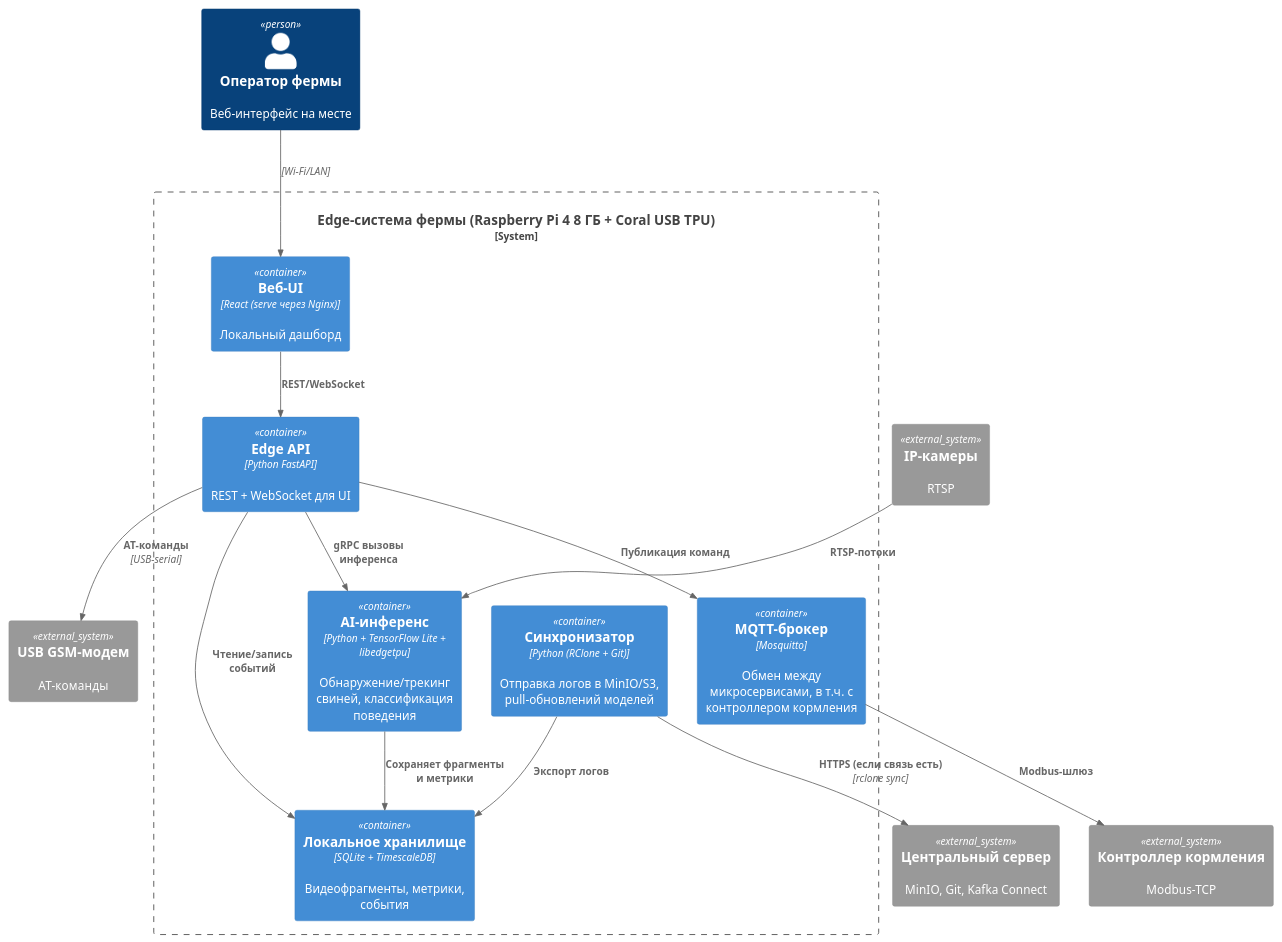
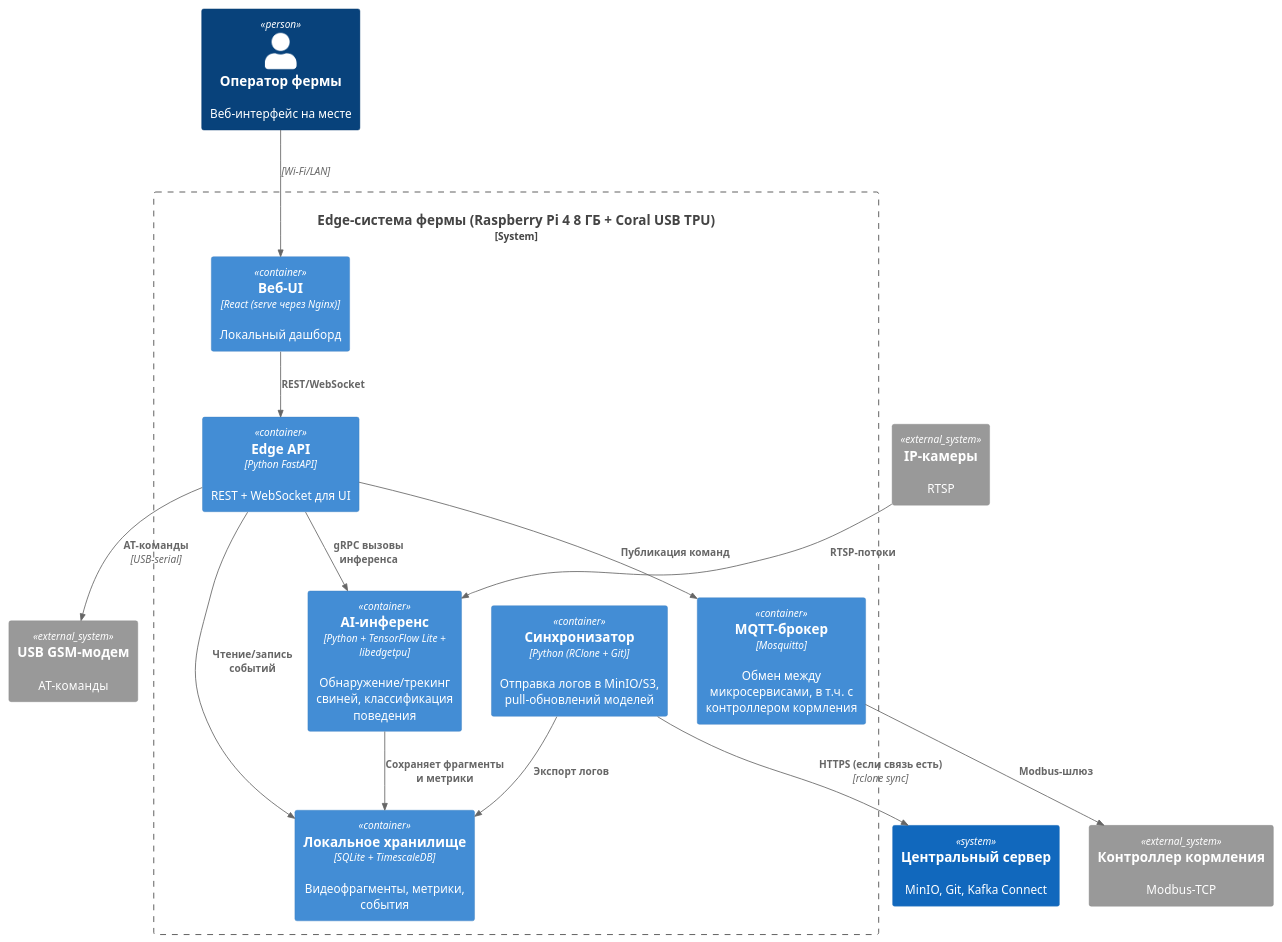
Before and after one commit to badKOT/MSA-AgroTech: the diagram in Task2/agrotech_c2_2.puml, drawn with PlantUML. The commit also changed 1 other file, not shown here.

```diff
--- a/Task2/agrotech_c2_2.puml
+++ b/Task2/agrotech_c2_2.puml
@@ -1,33 +1,33 @@
 @startuml
 !include https://raw.githubusercontent.com/plantuml-stdlib/C4-PlantUML/master/C4_Container.puml
 
 ' AI-generated, потому что сам бы я до такого не додумался
 
 Person(operator, "Оператор фермы", "Веб-интерфейс на месте")
 
 System_Boundary(edge_farm, "Edge-система фермы (Raspberry Pi 4 8 ГБ + Coral USB TPU)") {
     Container(web, "Веб-UI", "React (serve через Nginx)", "Локальный дашборд")
     Container(api, "Edge API", "Python FastAPI", "REST + WebSocket для UI")
     Container(ai, "AI-инференс", "Python + TensorFlow Lite + libedgetpu", "Обнаружение/трекинг свиней, классификация поведения")
     Container(db, "Локальное хранилище", "SQLite + TimescaleDB", "Видеофрагменты, метрики, события")
     Container(sync, "Синхронизатор", "Python (RClone + Git)", "Отправка логов в MinIO/S3, pull-обновлений моделей")
     Container(mqtt, "MQTT-брокер", "Mosquitto", "Обмен между микросервисами, в т.ч. с контроллером кормления")
 }
 
 System_Ext(cameras, "IP-камеры", "RTSP")
 System_Ext(feeding, "Контроллер кормления", "Modbus-TCP")
 System_Ext(sms_modem, "USB GSM-модем", "AT-команды")
-System_Ext(cloud, "Центральный сервер", "MinIO, Git, Kafka Connect")
+System(cloud, "Центральный сервер", "MinIO, Git, Kafka Connect")
 
 Rel(operator, web, "", "Wi-Fi/LAN")
 Rel(web, api, "REST/WebSocket")
 Rel(api, ai, "gRPC вызовы инференса")
 Rel(api, db, "Чтение/запись событий")
 Rel(ai, db, "Сохраняет фрагменты и метрики")
 Rel(cameras, ai, "RTSP-потоки")
 Rel(api, mqtt, "Публикация команд")
 Rel(mqtt, feeding, "Modbus-шлюз")
 Rel(sync, db, "Экспорт логов")
 Rel(sync, cloud, "HTTPS (если связь есть)", "rclone sync")
 Rel(api, sms_modem, "AT-команды", "USB-serial")
 @enduml
```
